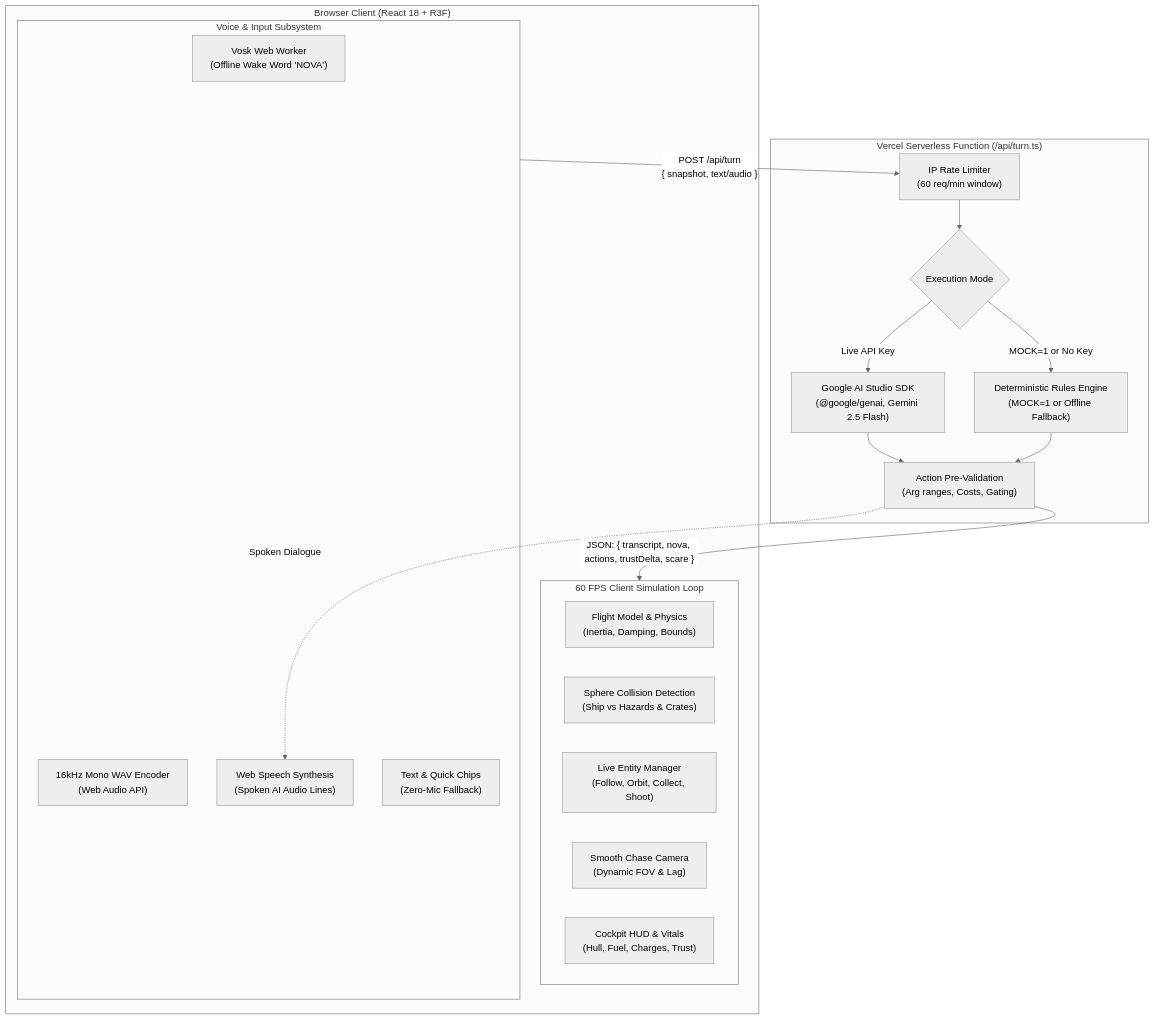
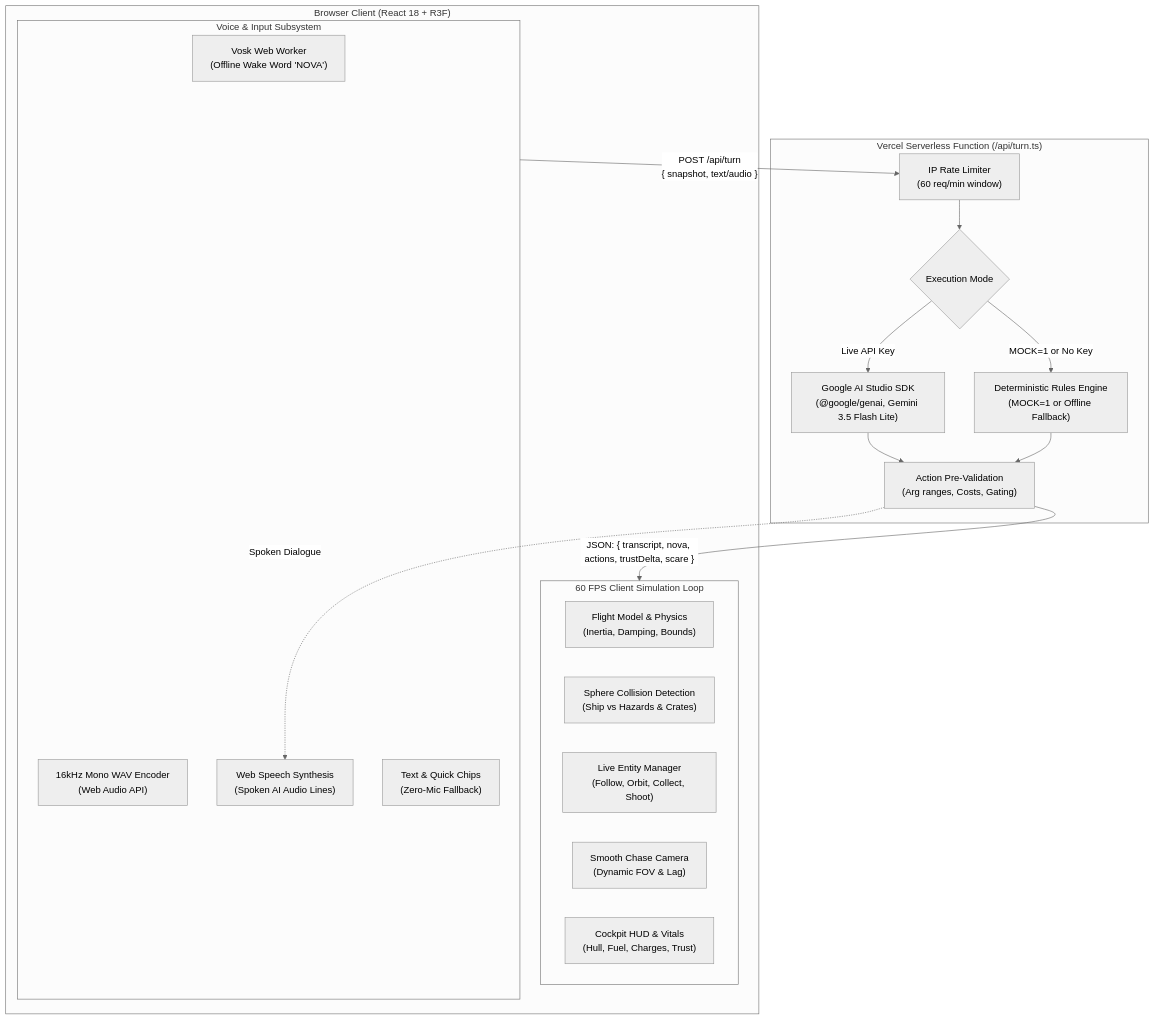
Before and after one commit to NASA-Space-Apps-Challenge-Pew-Pew/Space-Mission-Design-Game-Pew-Pew-: the third of 3 diagrams in README.md, drawn with Mermaid (neutral theme). The commit also changed other lines of this file and 1 other file, not shown here.

Commit message:
fix(docs): accurately document Gemini 3.5 Flash Lite backend model and enhance judge summary

````diff
--- a/README.md
+++ b/README.md
@@ -184,36 +191,36 @@
 ```mermaid
 graph TB
     subgraph Client["Browser Client (React 18 + R3F)"]
         subgraph RealTimeLoop["60 FPS Client Simulation Loop"]
             Physics["Flight Model & Physics\n(Inertia, Damping, Bounds)"]
             Collision["Sphere Collision Detection\n(Ship vs Hazards & Crates)"]
             EntityMgr["Live Entity Manager\n(Follow, Orbit, Collect, Shoot)"]
             ChaseCam["Smooth Chase Camera\n(Dynamic FOV & Lag)"]
             HUDView["Cockpit HUD & Vitals\n(Hull, Fuel, Charges, Trust)"]
         end
 
         subgraph VoiceSubsystem["Voice & Input Subsystem"]
             LocalVosk["Vosk Web Worker\n(Offline Wake Word 'NOVA')"]
             WavEncoder["16kHz Mono WAV Encoder\n(Web Audio API)"]
             SpeechSynth["Web Speech Synthesis\n(Spoken AI Audio Lines)"]
             CommandBar["Text & Quick Chips\n(Zero-Mic Fallback)"]
         end
     end
 
     subgraph Backend["Vercel Serverless Function (/api/turn.ts)"]
         RateLimit["IP Rate Limiter\n(60 req/min window)"]
         TurnRouter{"Execution Mode"}
         MockEngine["Deterministic Rules Engine\n(MOCK=1 or Offline Fallback)"]
-        GeminiClient["Google AI Studio SDK\n(@google/genai, Gemini 2.5 Flash)"]
+        GeminiClient["Google AI Studio SDK\n(@google/genai, Gemini 3.5 Flash Lite)"]
         ActionValidator["Action Pre-Validation\n(Arg ranges, Costs, Gating)"]
     end
 
     VoiceSubsystem -->|"POST /api/turn\n{ snapshot, text/audio }"| RateLimit
     RateLimit --> TurnRouter
     TurnRouter -->|"MOCK=1 or No Key"| MockEngine
     TurnRouter -->|"Live API Key"| GeminiClient
     GeminiClient --> ActionValidator
     MockEngine --> ActionValidator
     ActionValidator -->|"JSON: { transcript, nova, actions, trustDelta, scare }"| RealTimeLoop
     ActionValidator -.->|"Spoken Dialogue"| SpeechSynth
 ```
````
